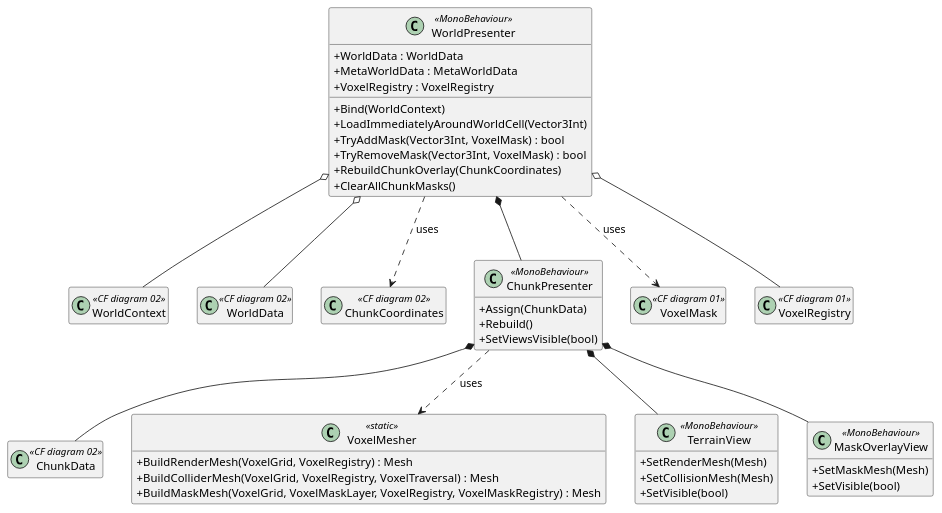
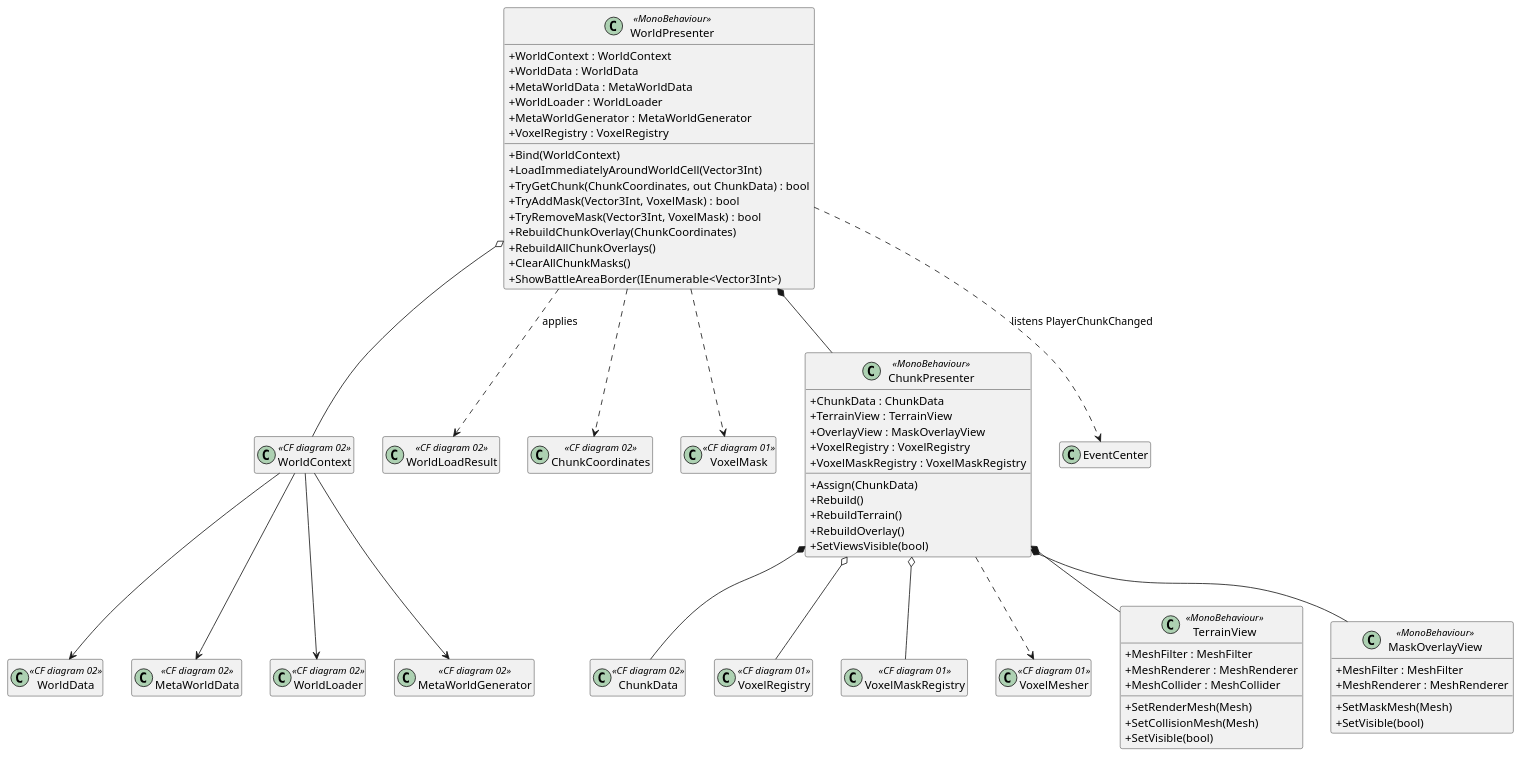
Before and after one commit to EreliaStudio/Erelia: the diagram in Architecture/diagrams/02b_world_presenter.puml, drawn with PlantUML. The commit also changed 187 other files, not shown here.

```diff
--- a/Architecture/diagrams/02b_world_presenter.puml
+++ b/Architecture/diagrams/02b_world_presenter.puml
@@ -1,65 +1,86 @@
 @startuml World Presenter
 
 skinparam classAttributeIconSize 0
+skinparam shadowing false
 hide empty members
 
 class WorldContext <<CF diagram 02>> {}
 class WorldData <<CF diagram 02>> {}
+class MetaWorldData <<CF diagram 02>> {}
+class WorldLoader <<CF diagram 02>> {}
+class MetaWorldGenerator <<CF diagram 02>> {}
+class WorldLoadResult <<CF diagram 02>> {}
 class ChunkData <<CF diagram 02>> {}
 class ChunkCoordinates <<CF diagram 02>> {}
 class VoxelRegistry <<CF diagram 01>> {}
+class VoxelMaskRegistry <<CF diagram 01>> {}
 class VoxelMask <<CF diagram 01>> {}
-
-class VoxelMesher <<static>> {
-  +BuildRenderMesh(VoxelGrid, VoxelRegistry) : Mesh
-  +BuildColliderMesh(VoxelGrid, VoxelRegistry, VoxelTraversal) : Mesh
-  +BuildMaskMesh(VoxelGrid, VoxelMaskLayer, VoxelRegistry, VoxelMaskRegistry) : Mesh
-}
+class VoxelMesher <<CF diagram 01>> {}
 
 class TerrainView <<MonoBehaviour>> {
+  +MeshFilter : MeshFilter
+  +MeshRenderer : MeshRenderer
+  +MeshCollider : MeshCollider
   +SetRenderMesh(Mesh)
   +SetCollisionMesh(Mesh)
   +SetVisible(bool)
 }
 
 class MaskOverlayView <<MonoBehaviour>> {
+  +MeshFilter : MeshFilter
+  +MeshRenderer : MeshRenderer
   +SetMaskMesh(Mesh)
   +SetVisible(bool)
 }
 
 class ChunkPresenter <<MonoBehaviour>> {
+  +ChunkData : ChunkData
+  +TerrainView : TerrainView
+  +OverlayView : MaskOverlayView
+  +VoxelRegistry : VoxelRegistry
+  +VoxelMaskRegistry : VoxelMaskRegistry
   +Assign(ChunkData)
   +Rebuild()
+  +RebuildTerrain()
+  +RebuildOverlay()
   +SetViewsVisible(bool)
 }
 
 class WorldPresenter <<MonoBehaviour>> {
+  +WorldContext : WorldContext
   +WorldData : WorldData
   +MetaWorldData : MetaWorldData
+  +WorldLoader : WorldLoader
+  +MetaWorldGenerator : MetaWorldGenerator
   +VoxelRegistry : VoxelRegistry
   +Bind(WorldContext)
   +LoadImmediatelyAroundWorldCell(Vector3Int)
+  +TryGetChunk(ChunkCoordinates, out ChunkData) : bool
   +TryAddMask(Vector3Int, VoxelMask) : bool
   +TryRemoveMask(Vector3Int, VoxelMask) : bool
   +RebuildChunkOverlay(ChunkCoordinates)
+  +RebuildAllChunkOverlays()
   +ClearAllChunkMasks()
+  +ShowBattleAreaBorder(IEnumerable<Vector3Int>)
 }
 
 ChunkPresenter *-- ChunkData
 ChunkPresenter *-- TerrainView
 ChunkPresenter *-- MaskOverlayView
-ChunkPresenter ..> VoxelMesher : uses
+ChunkPresenter o-- VoxelRegistry
+ChunkPresenter o-- VoxelMaskRegistry
+ChunkPresenter ..> VoxelMesher
+
 WorldPresenter o-- WorldContext
-WorldPresenter o-- WorldData
 WorldPresenter *-- ChunkPresenter
-WorldPresenter ..> ChunkCoordinates : uses
-WorldPresenter ..> VoxelMask : uses
-WorldPresenter o-- VoxelRegistry
+WorldPresenter ..> WorldLoadResult : applies
+WorldPresenter ..> ChunkCoordinates
+WorldPresenter ..> VoxelMask
+WorldPresenter ..> EventCenter : listens PlayerChunkChanged
 
-WorldContext -[hidden] WorldData
-WorldData -[hidden] ChunkCoordinates
-ChunkCoordinates -[hidden] ChunkPresenter
-ChunkPresenter -[hidden] VoxelMask
-VoxelMask -[hidden] VoxelRegistry
+WorldContext --> WorldData
+WorldContext --> MetaWorldData
+WorldContext --> WorldLoader
+WorldContext --> MetaWorldGenerator
 
 @enduml
```
